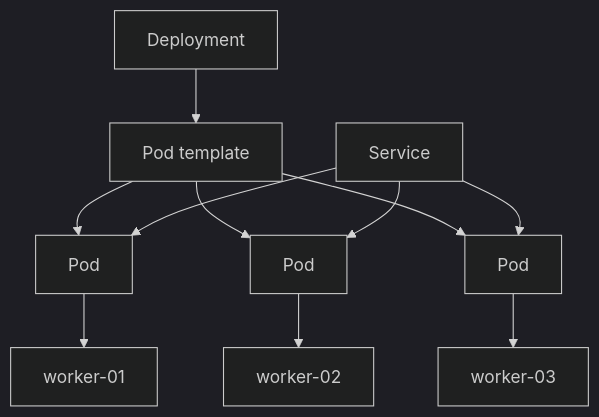
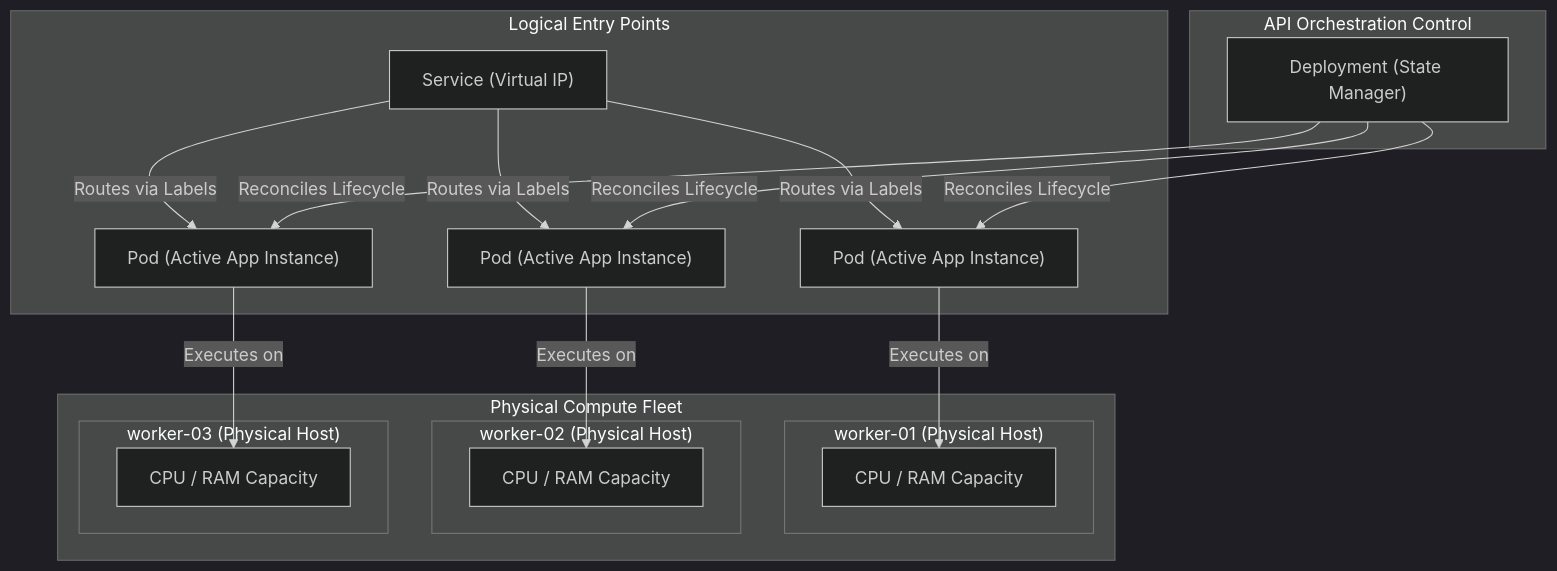
One commit to senlinyy/dev-roadmaps changed the first of 2 diagrams in containers-orchestration/kubernetes/fundamentals/cluster-mental-model.md. Above: the diagram before and after it, drawn with Mermaid (dark theme). The commit also changed other lines of this file and 343 other files, not shown here.

````diff
--- a/containers-orchestration/kubernetes/fundamentals/cluster-mental-model.md
+++ b/containers-orchestration/kubernetes/fundamentals/cluster-mental-model.md
@@ -40,13 +47,24 @@
 ```mermaid
 flowchart TD
-    A["Deployment"] --> B["Pod template"]
-    B --> C["Pod"]
-    B --> D["Pod"]
-    B --> E["Pod"]
-    C --> F["worker-01"]
-    D --> G["worker-02"]
-    E --> H["worker-03"]
-    I["Service"] --> C
-    I --> D
-    I --> E
+    subgraph LogicalRouting["Logical Entry Points"]
+        A["Service (Virtual IP)"] --> |Routes via Labels| B["Pod (Active App Instance)"]
+        A --> |Routes via Labels| C["Pod (Active App Instance)"]
+        A --> |Routes via Labels| D["Pod (Active App Instance)"]
+    end
+    subgraph PhysicalPlacement["Physical Compute Fleet"]
+        subgraph Node01["worker-01 (Physical Host)"]
+            B --> |Executes on| E["CPU / RAM Capacity"]
+        end
+        subgraph Node02["worker-02 (Physical Host)"]
+            C --> |Executes on| F["CPU / RAM Capacity"]
+        end
+        subgraph Node03["worker-03 (Physical Host)"]
+            D --> |Executes on| G["CPU / RAM Capacity"]
+        end
+    end
+    subgraph ControlPlane["API Orchestration Control"]
+        H["Deployment (State Manager)"] --> |Reconciles Lifecycle| B
+        H --> |Reconciles Lifecycle| C
+        H --> |Reconciles Lifecycle| D
+    end
 ```
````
